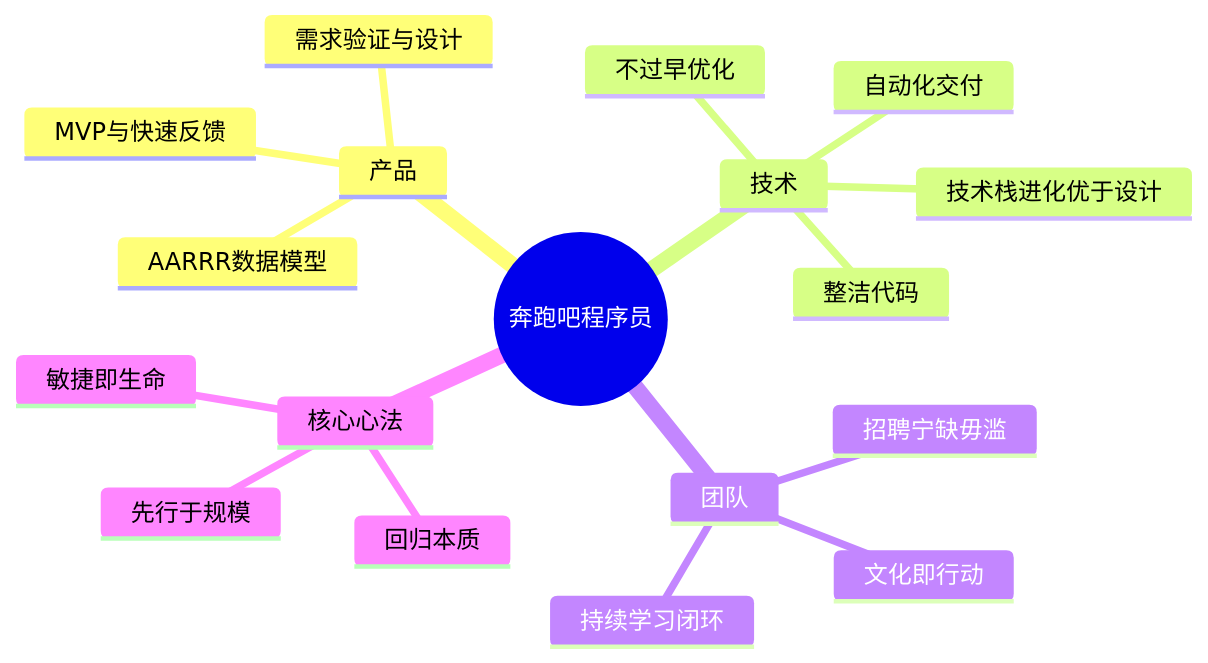
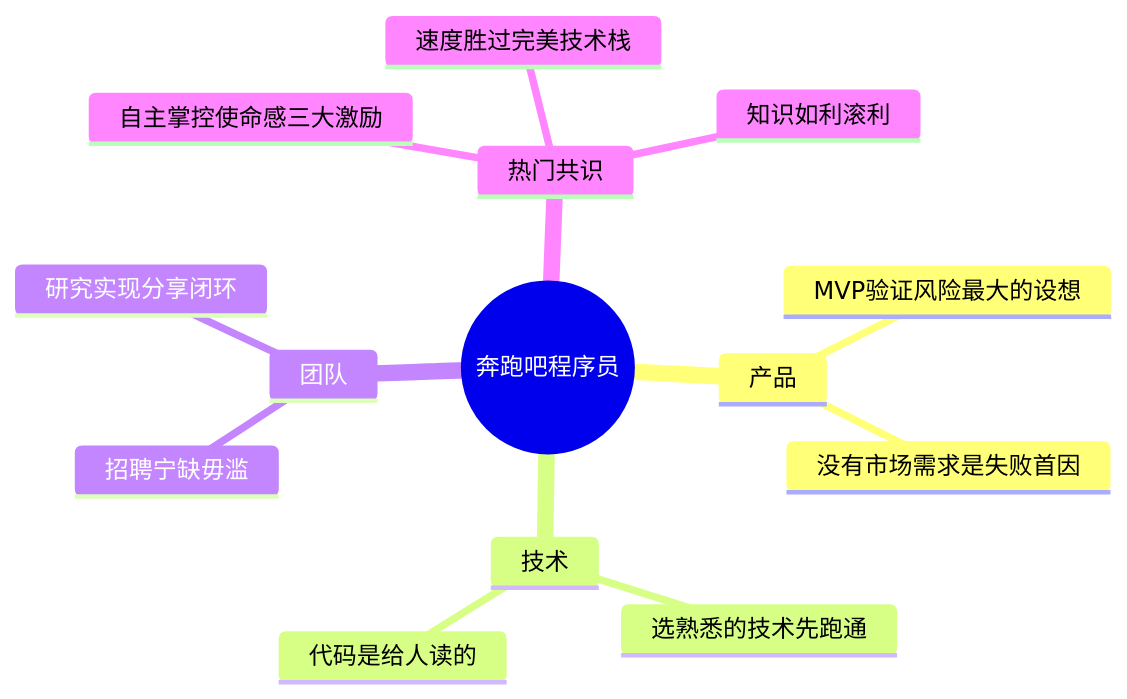
One commit to kuhung/book-skills changed the diagram in notes/奔跑吧程序员_笔记.md. Above: the diagram before and after it, drawn with Mermaid. The commit also changed other lines of this file and 11 other files, not shown here.

First line of the commit message:
refactor(sop): refine residual philosophy, simplify mindmaps, document feedback loop

````diff
--- a/notes/奔跑吧程序员_笔记.md
+++ b/notes/奔跑吧程序员_笔记.md
@@ -76,21 +78,17 @@
 ```mermaid
 mindmap
   root((奔跑吧程序员))
     产品
-      MVP与快速反馈
-      需求验证与设计
-      AARRR数据模型
+      MVP验证风险最大的设想
+      没有市场需求是失败首因
     技术
-      技术栈进化优于设计
-      整洁代码
-      不过早优化
-      自动化交付
+      选熟悉的技术先跑通
+      代码是给人读的
     团队
-      文化即行动
       招聘宁缺毋滥
-      持续学习闭环
-    核心心法
-      敏捷即生命
-      先行于规模
-      回归本质
+      研究实现分享闭环
+    热门共识
+      自主掌控使命感三大激励
+      速度胜过完美技术栈
+      知识如利滚利
 ```
````
